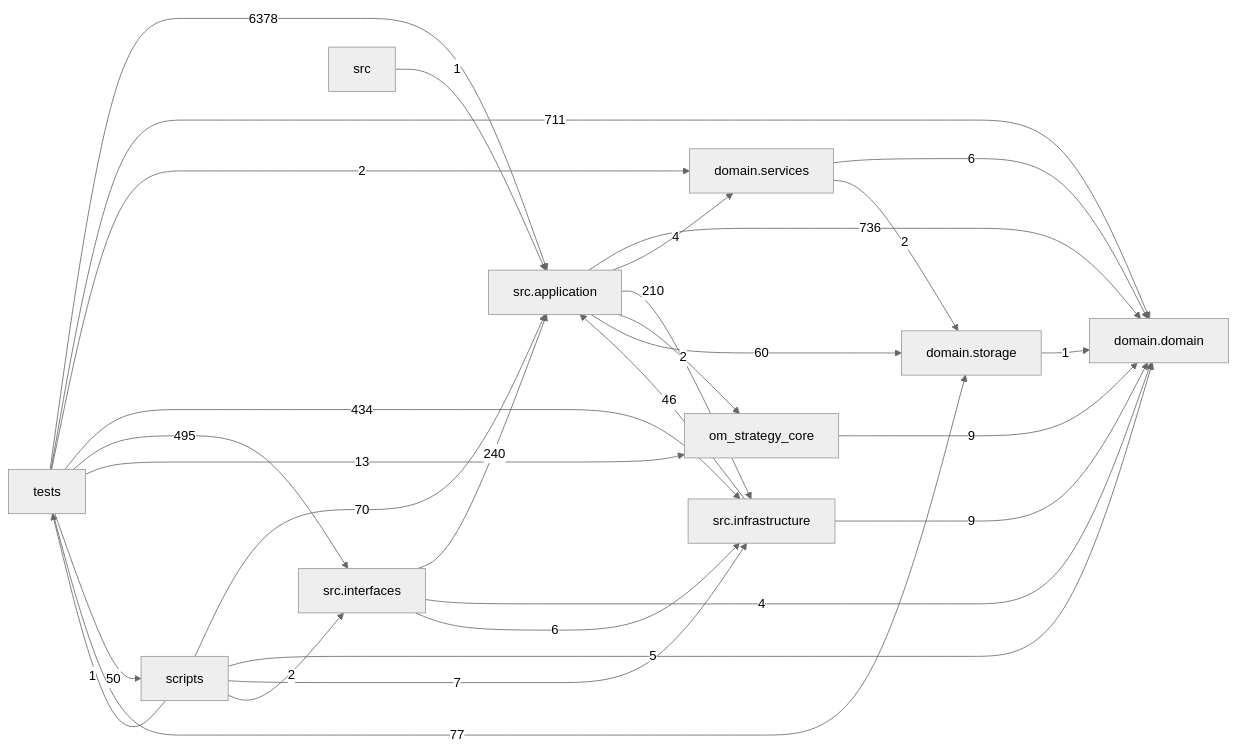
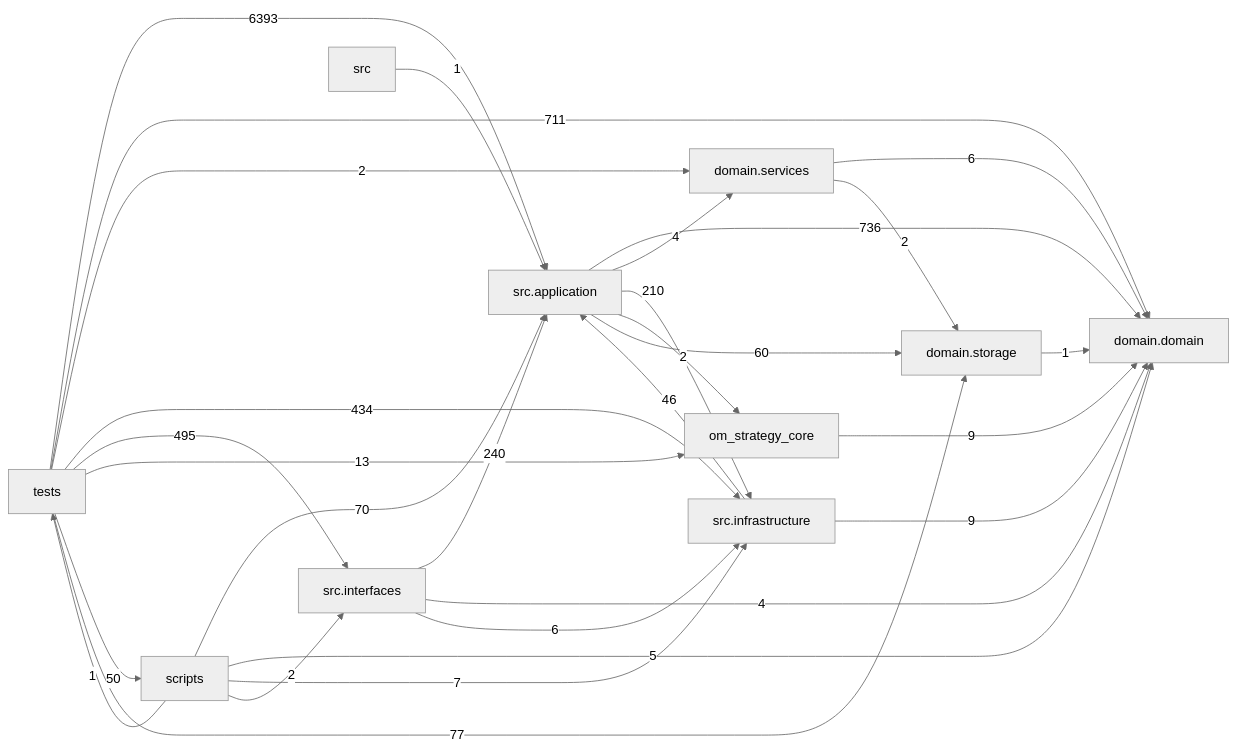
One commit to liuxie066/options-monitor changed the diagram in docs/DEPENDENCY_GRAPH.md. Above: the diagram before and after it, drawn with Mermaid (neutral theme). The commit also changed other lines of this file and 26 other files, not shown here.

````diff
--- a/docs/DEPENDENCY_GRAPH.md
+++ b/docs/DEPENDENCY_GRAPH.md
@@ -24,39 +24,39 @@
 ```mermaid
 flowchart LR
   tests["tests"]
   scripts["scripts"]
   interfaces["src.interfaces"]
   application["src.application"]
   infrastructure["src.infrastructure"]
   domain_services["domain.services"]
   domain["domain.domain"]
   storage["domain.storage"]
   application -->|736| domain
   application -->|4| domain_services
   application -->|210| infrastructure
   application -->|2| om_strategy_core
   application -->|60| storage
   domain_services -->|6| domain
   domain_services -->|2| storage
   infrastructure -->|46| application
   infrastructure -->|9| domain
   interfaces -->|240| application
   interfaces -->|4| domain
   interfaces -->|6| infrastructure
   om_strategy_core -->|9| domain
   scripts -->|70| application
   scripts -->|5| domain
   scripts -->|7| infrastructure
   scripts -->|2| interfaces
   scripts -->|1| tests
   src -->|1| application
   storage -->|1| domain
-  tests -->|6378| application
+  tests -->|6393| application
   tests -->|711| domain
   tests -->|2| domain_services
   tests -->|434| infrastructure
   tests -->|495| interfaces
   tests -->|13| om_strategy_core
   tests -->|50| scripts
   tests -->|77| storage
 ```
````
